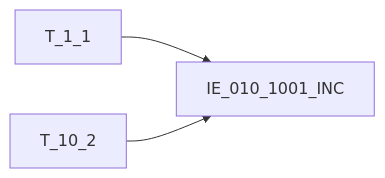
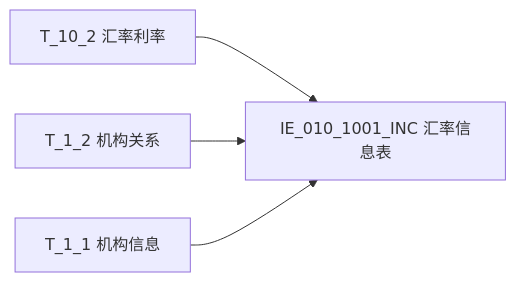
Before and after one commit to zhoujk1989-arch/Obsidian: the diagram in regulatory-data-lab/知识库/血缘/EAST5.0系统/血缘-IE_010_1001_INC-汇率信息表-EAST5.0系统.md, drawn with Mermaid. The commit also changed other lines of this file and 93 other files, not shown here.

````diff
--- a/regulatory-data-lab/知识库/血缘/EAST5.0系统/血缘-IE_010_1001_INC-汇率信息表-EAST5.0系统.md
+++ b/regulatory-data-lab/知识库/血缘/EAST5.0系统/血缘-IE_010_1001_INC-汇率信息表-EAST5.0系统.md
@@ -75,5 +81,6 @@
 ```mermaid
 flowchart LR
-    S1["T_1_1"] --> T["IE_010_1001_INC"]
-    S2["T_10_2"] --> T["IE_010_1001_INC"]
+    S1["T_10_2 汇率利率"] --> T["IE_010_1001_INC 汇率信息表"]
+    S2["T_1_2 机构关系"] --> T
+    S3["T_1_1 机构信息"] --> T
 ```
````
